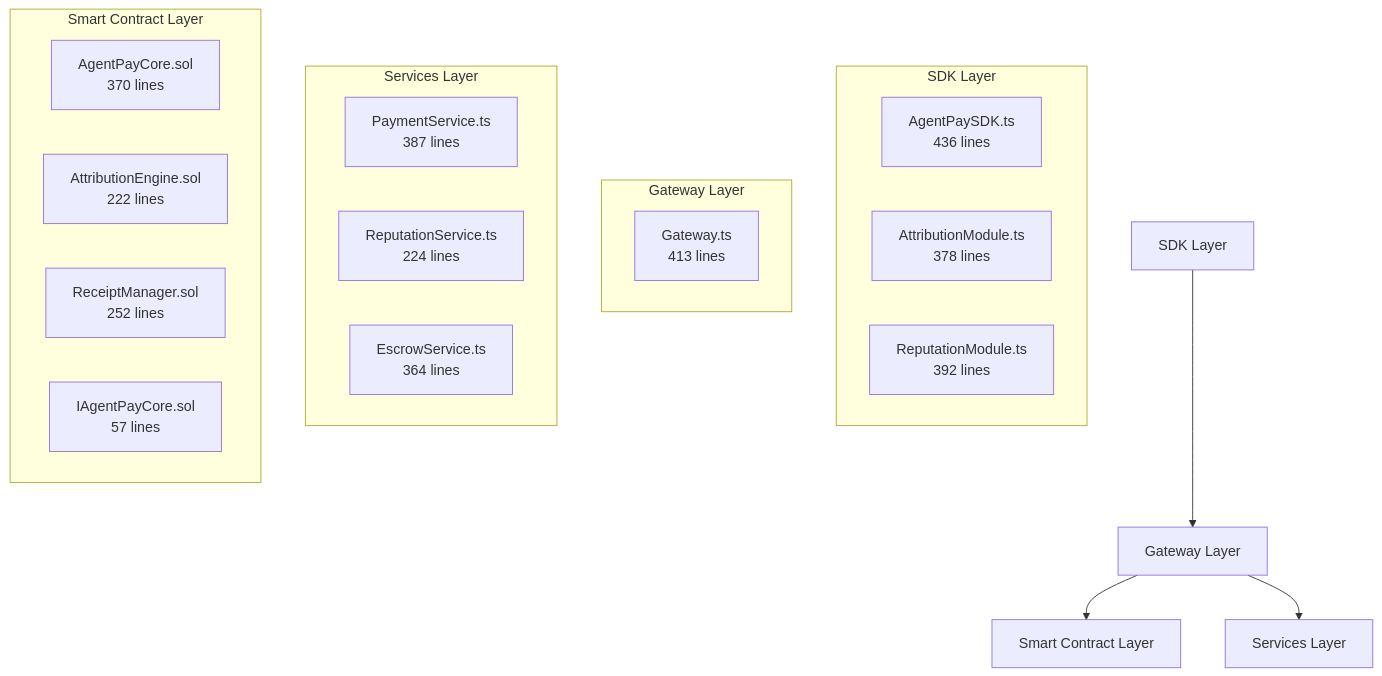
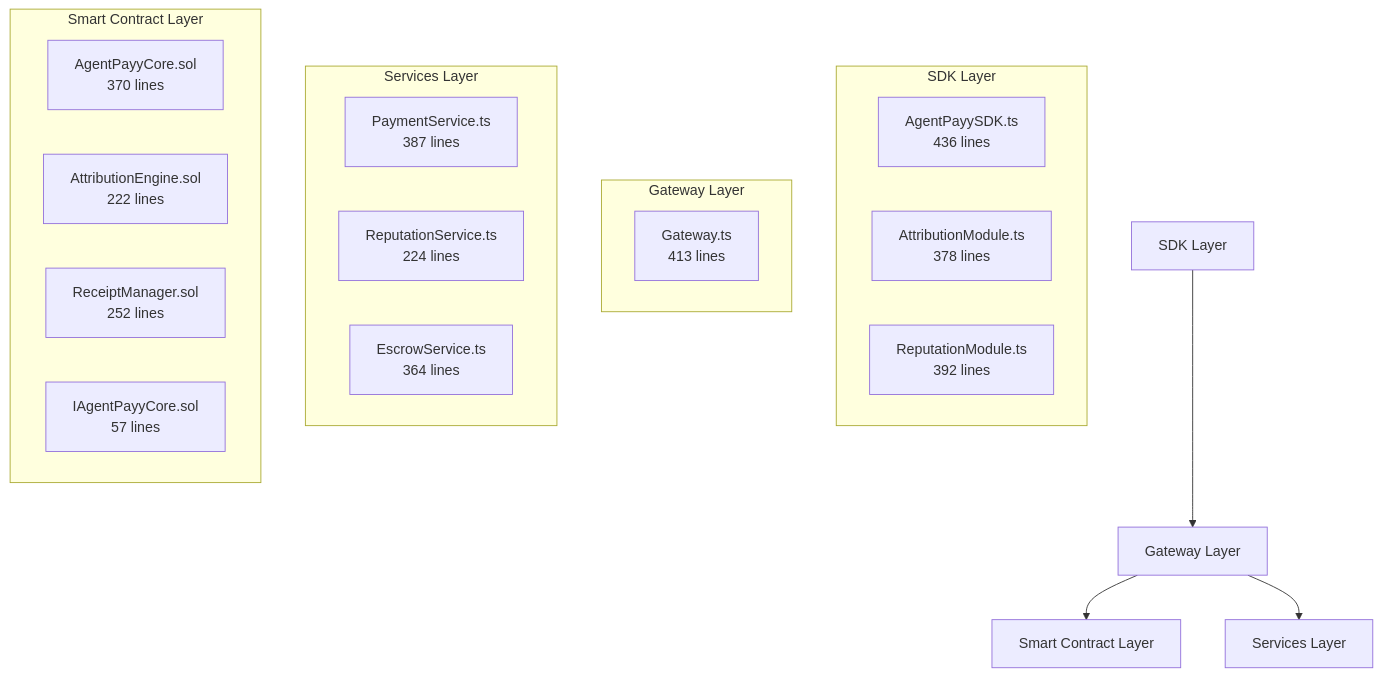
Before and after one commit to AgentPayy/AgentPayy: the first of 3 diagrams in ARCHITECTURE.md, drawn with Mermaid. The commit also changed other lines of this file and 54 other files, not shown here.

````diff
--- a/ARCHITECTURE.md
+++ b/ARCHITECTURE.md
@@ -208,29 +208,29 @@
 ```mermaid
 graph TB
     A[SDK Layer] --> B[Gateway Layer]
     B --> C[Smart Contract Layer]
     B --> D[Services Layer]
     
     subgraph "SDK Layer"
-        E[AgentPaySDK.ts<br/>436 lines]
+        E[AgentPayySDK.ts<br/>436 lines]
         F[AttributionModule.ts<br/>378 lines]
         G[ReputationModule.ts<br/>392 lines]
     end
     
     subgraph "Gateway Layer"
         H[Gateway.ts<br/>413 lines]
     end
     
     subgraph "Services Layer"
         I[PaymentService.ts<br/>387 lines]
         J[ReputationService.ts<br/>224 lines]
         K[EscrowService.ts<br/>364 lines]
     end
     
     subgraph "Smart Contract Layer"
-        L[AgentPayCore.sol<br/>370 lines]
+        L[AgentPayyCore.sol<br/>370 lines]
         M[AttributionEngine.sol<br/>222 lines]
         N[ReceiptManager.sol<br/>252 lines]
-        O[IAgentPayCore.sol<br/>57 lines]
+        O[IAgentPayyCore.sol<br/>57 lines]
     end
 ```
````
